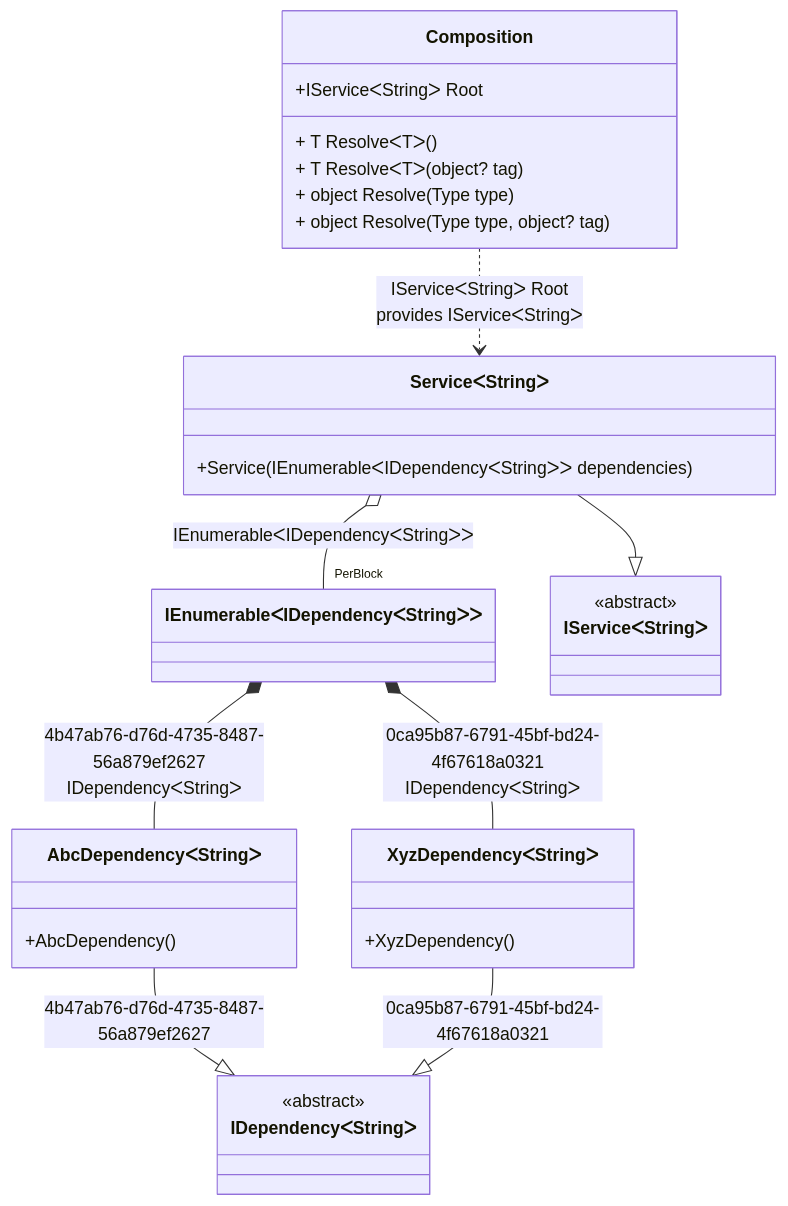
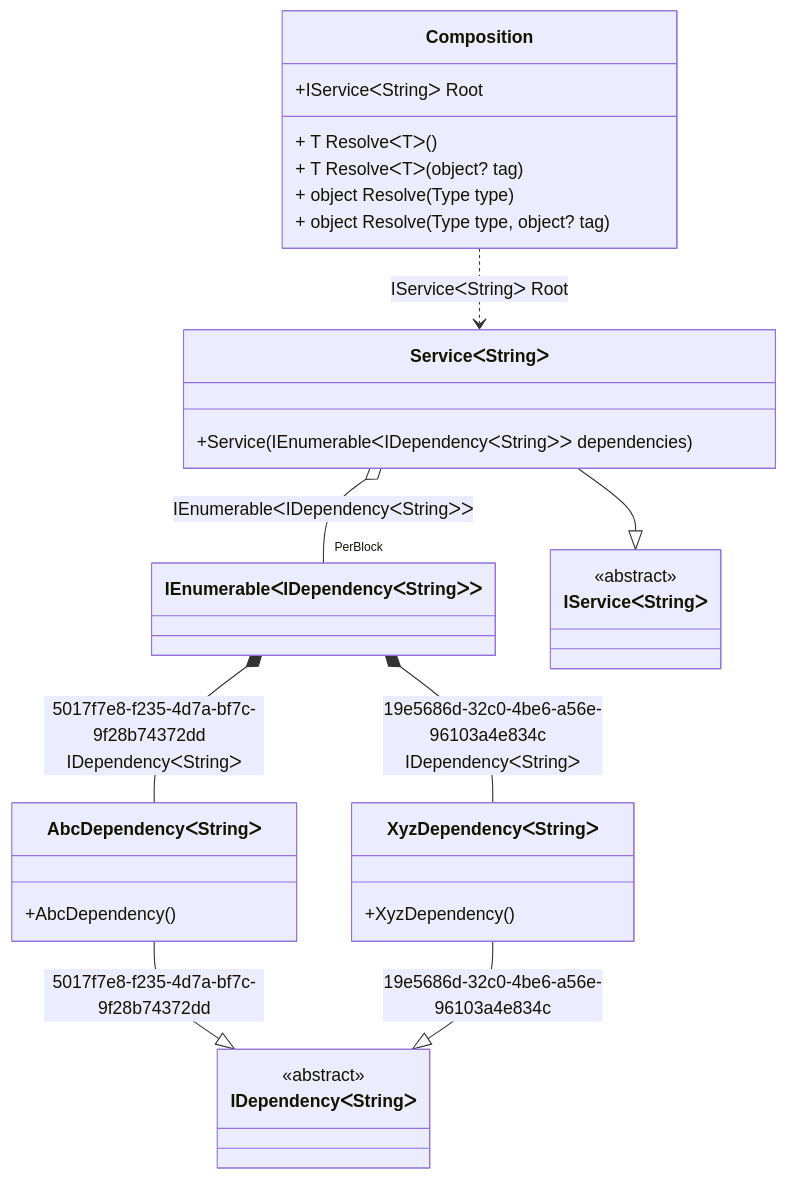
The diagram in readme/tag-unique.md (DevTeam/Pure.DI), drawn with Mermaid before and after one commit. The commit also changed other lines of this file and 74 other files, not shown here.

````diff
--- a/readme/tag-unique.md
+++ b/readme/tag-unique.md
@@ -39,33 +39,33 @@
 ```mermaid
 classDiagram
   class Composition {
     +IServiceᐸStringᐳ Root
     + T ResolveᐸTᐳ()
     + T ResolveᐸTᐳ(object? tag)
     + object Resolve(Type type)
     + object Resolve(Type type, object? tag)
   }
   class IEnumerableᐸIDependencyᐸStringᐳᐳ
-  AbcDependencyᐸStringᐳ --|> IDependencyᐸStringᐳ : 4b47ab76-d76d-4735-8487-56a879ef2627 
+  AbcDependencyᐸStringᐳ --|> IDependencyᐸStringᐳ : 5017f7e8-f235-4d7a-bf7c-9f28b74372dd 
   class AbcDependencyᐸStringᐳ {
     +AbcDependency()
   }
-  XyzDependencyᐸStringᐳ --|> IDependencyᐸStringᐳ : 0ca95b87-6791-45bf-bd24-4f67618a0321 
+  XyzDependencyᐸStringᐳ --|> IDependencyᐸStringᐳ : 19e5686d-32c0-4be6-a56e-96103a4e834c 
   class XyzDependencyᐸStringᐳ {
     +XyzDependency()
   }
   ServiceᐸStringᐳ --|> IServiceᐸStringᐳ : 
   class ServiceᐸStringᐳ {
     +Service(IEnumerableᐸIDependencyᐸStringᐳᐳ dependencies)
   }
   class IDependencyᐸStringᐳ {
     <<abstract>>
   }
   class IServiceᐸStringᐳ {
     <<abstract>>
   }
-  IEnumerableᐸIDependencyᐸStringᐳᐳ *--  AbcDependencyᐸStringᐳ : 4b47ab76-d76d-4735-8487-56a879ef2627  IDependencyᐸStringᐳ
-  IEnumerableᐸIDependencyᐸStringᐳᐳ *--  XyzDependencyᐸStringᐳ : 0ca95b87-6791-45bf-bd24-4f67618a0321  IDependencyᐸStringᐳ
-  Composition ..> ServiceᐸStringᐳ : IServiceᐸStringᐳ Root<br/>provides IServiceᐸStringᐳ
+  IEnumerableᐸIDependencyᐸStringᐳᐳ *--  AbcDependencyᐸStringᐳ : 5017f7e8-f235-4d7a-bf7c-9f28b74372dd  IDependencyᐸStringᐳ
+  IEnumerableᐸIDependencyᐸStringᐳᐳ *--  XyzDependencyᐸStringᐳ : 19e5686d-32c0-4be6-a56e-96103a4e834c  IDependencyᐸStringᐳ
+  Composition ..> ServiceᐸStringᐳ : IServiceᐸStringᐳ Root
   ServiceᐸStringᐳ o--  "PerBlock" IEnumerableᐸIDependencyᐸStringᐳᐳ : IEnumerableᐸIDependencyᐸStringᐳᐳ
 ```
````
